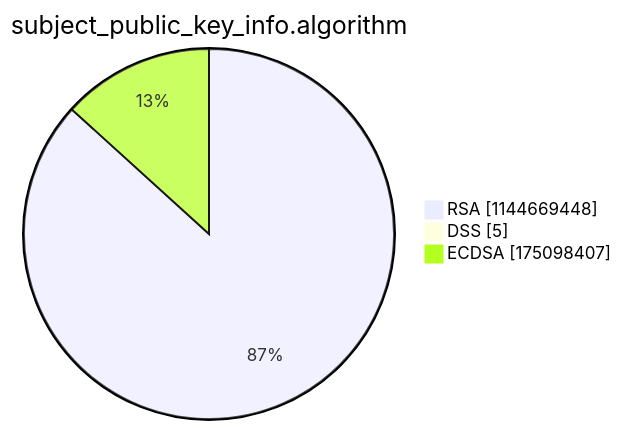
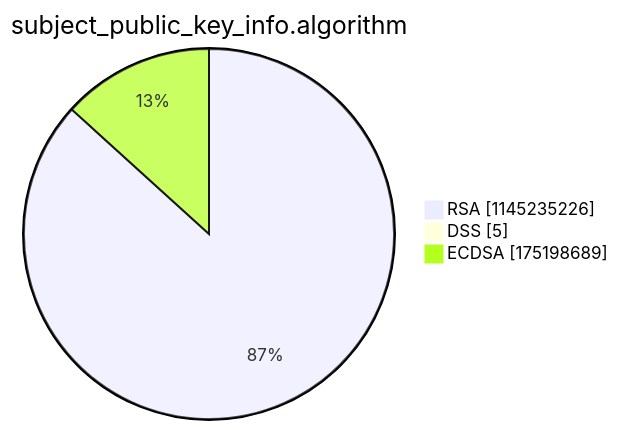
The third of 15 diagrams in argon2022/README.md (christiankrug/ctmonitor_visualization), drawn with Mermaid before and after one commit. The commit also changed other lines of this file, not shown here.

````diff
--- a/argon2022/README.md
+++ b/argon2022/README.md
@@ -14,7 +14,7 @@
 ```mermaid
 pie showData
 title subject_public_key_info.algorithm
-"RSA" :1144669448
+"RSA" :1145235226
 "DSS" :5
-"ECDSA" :175098407
+"ECDSA" :175198689
 ```
````
